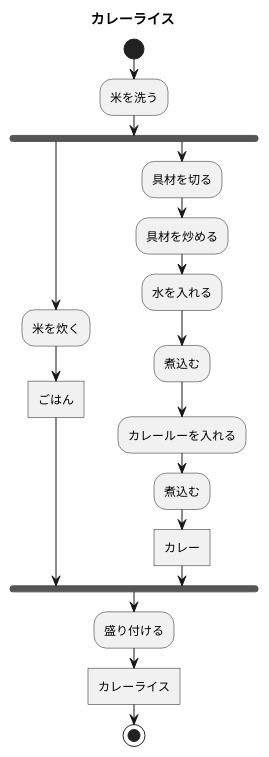
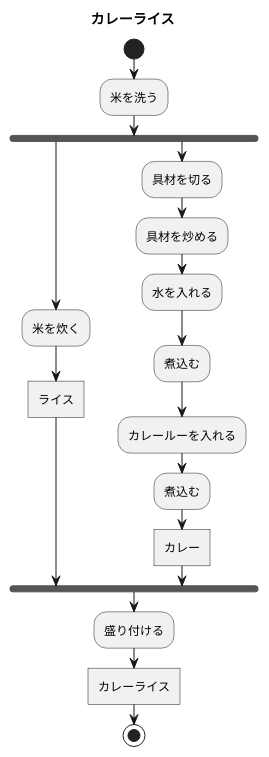
The diagram in sample7/7章練習_ACカレーライス.pu (nagayamasaki/umi-intro), drawn with PlantUML before and after one commit.

Commit message:
カレーライス

```diff
--- a/sample7/7章練習_ACカレーライス.pu
+++ b/sample7/7章練習_ACカレーライス.pu
@@ -1,20 +1,20 @@
 @startuml  7章練習_ACカレーライス
 title カレーライス
 start
 :米を洗う;
 fork
 :米を炊く;
-:ごはん]
+:ライス]
 fork again
 :具材を切る;
 :具材を炒める;
 :水を入れる;
 :煮込む;
 :カレールーを入れる;
 :煮込む;
 :カレー]
 end fork
 :盛り付ける;
 :カレーライス]
 stop
 @enduml
```
